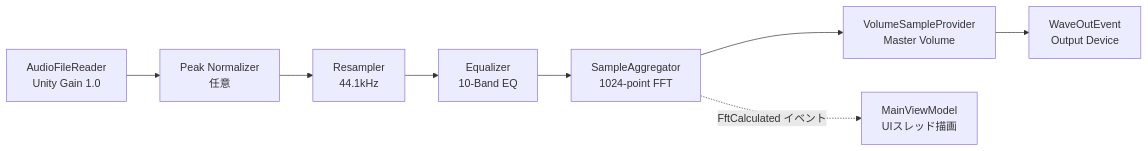
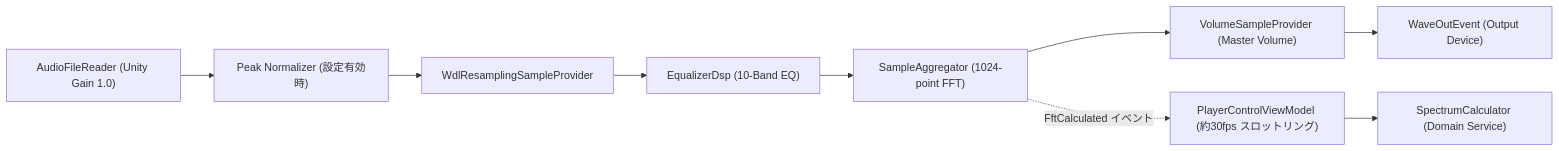
The second of 2 diagrams in 設計/詳細設計/スペクトラムアナライザ.md (taketonnbo/Audio_Effector), drawn with Mermaid before and after one commit. The commit also changed other lines of this file and 13 other files, not shown here.

````diff
--- a/設計/詳細設計/スペクトラムアナライザ.md
+++ b/設計/詳細設計/スペクトラムアナライザ.md
@@ -60,11 +83,12 @@
 ```mermaid
 flowchart LR
-    Source[AudioFileReader\nUnity Gain 1.0] --> Normalize[Peak Normalizer\n任意]
-    Normalize --> Resampler[Resampler\n44.1kHz]
-    Resampler --> EQ[Equalizer\n10-Band EQ]
-    EQ --> Aggregator[SampleAggregator\n1024-point FFT]
-    Aggregator --> MasterVol[VolumeSampleProvider\nMaster Volume]
-    MasterVol --> Output[WaveOutEvent\nOutput Device]
+    Source["AudioFileReader (Unity Gain 1.0)"] --> Normalize["Peak Normalizer (設定有効時)"]
+    Normalize --> Resampler["WdlResamplingSampleProvider"]
+    Resampler --> EQ["EqualizerDsp (10-Band EQ)"]
+    EQ --> Aggregator["SampleAggregator (1024-point FFT)"]
+    Aggregator --> MasterVol["VolumeSampleProvider (Master Volume)"]
+    MasterVol --> Output["WaveOutEvent (Output Device)"]
     
-    Aggregator -.->|FftCalculated イベント| VM[MainViewModel\nUIスレッド描画]
+    Aggregator -.->|FftCalculated イベント| VM["PlayerControlViewModel (約30fps スロットリング)"]
+    VM --> Calc["SpectrumCalculator (Domain Service)"]
 ```
````
